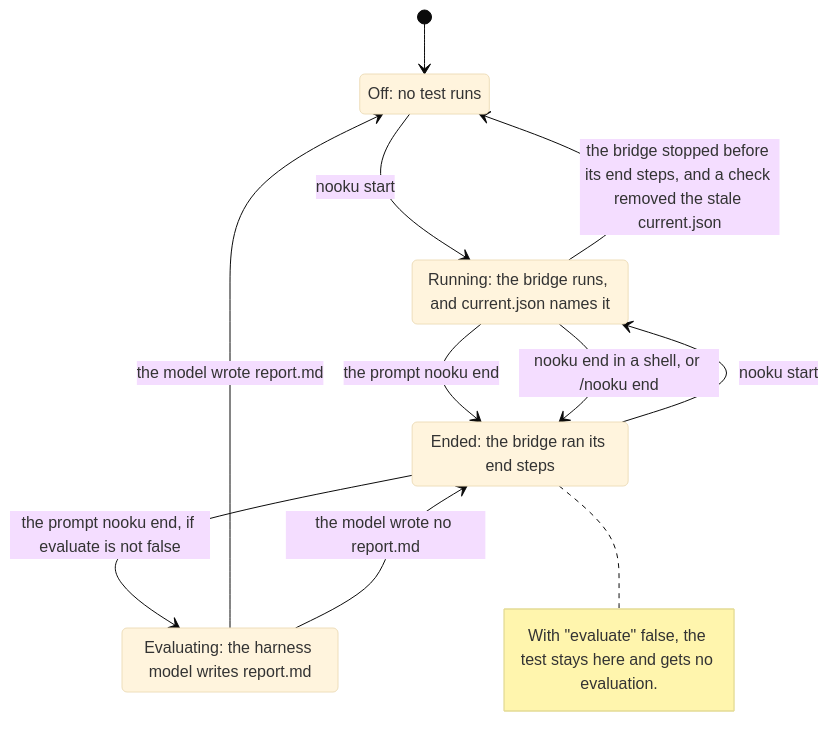
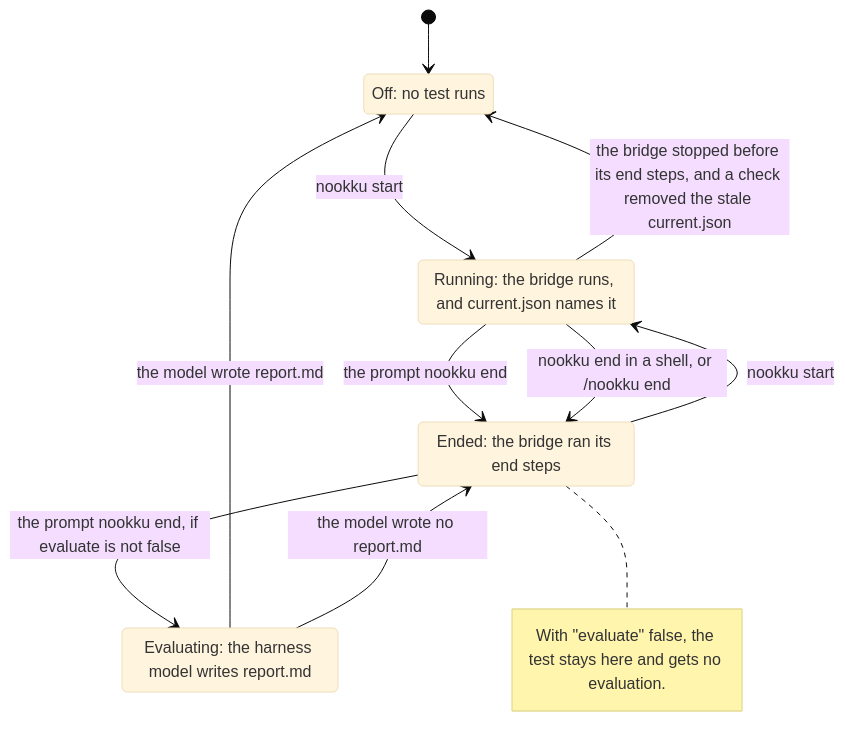
One commit to mohanraj00/nookku changed the third of 4 diagrams in docs/architecture.md. Above: the diagram before and after it, drawn with Mermaid (base theme). The commit also changed other lines of this file and 119 other files, not shown here.

First line of the commit message:
Rename Nooku to Nookku (#209)

````diff
--- a/docs/architecture.md
+++ b/docs/architecture.md
@@ -153,18 +153,18 @@
 ```mermaid
 stateDiagram-v2
     state "Off: no test runs" as Off
     state "Running: the bridge runs, and current.json names it" as Running
     state "Ended: the bridge ran its end steps" as Ended
     state "Evaluating: the harness model writes report.md" as Evaluating
 
     [*] --> Off
-    Off --> Running: nooku start
-    Running --> Ended: the prompt nooku end
-    Running --> Ended: nooku end in a shell, or /nooku end
+    Off --> Running: nookku start
+    Running --> Ended: the prompt nookku end
+    Running --> Ended: nookku end in a shell, or /nookku end
     Running --> Off: the bridge stopped before its end steps, and a check removed the stale current.json
-    Ended --> Evaluating: the prompt nooku end, if evaluate is not false
-    Ended --> Running: nooku start
+    Ended --> Evaluating: the prompt nookku end, if evaluate is not false
+    Ended --> Running: nookku start
     Evaluating --> Off: the model wrote report.md
     Evaluating --> Ended: the model wrote no report.md
     note right of Ended: With "evaluate" false, the test stays here and gets no evaluation.
 ```
````
